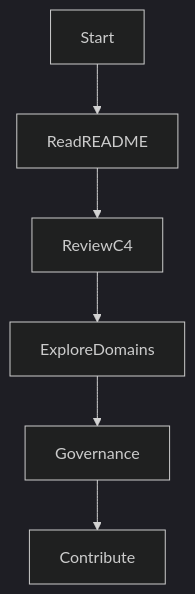
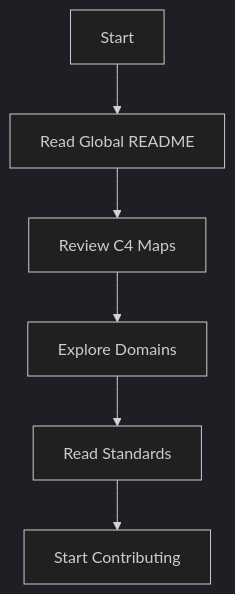
One commit to STARONE-INFOTECH/starone-galaxy-architecture changed the fifth of 7 diagrams in README.md. Above: the diagram before and after it, drawn with Mermaid (dark theme). The commit also changed other lines of this file, not shown here.

First line of the commit message:
feat(repo): bootstrap StarOne Galaxy architecture repository structure

````diff
--- a/README.md
+++ b/README.md
@@ -301,9 +460,11 @@
 ```mermaid
 flowchart TD
 
-Start --> ReadREADME
-ReadREADME --> ReviewC4
-ReviewC4 --> ExploreDomains
-ExploreDomains --> Governance
-Governance --> Contribute
+Start[Start]
+
+Start --> ReadREADME[Read Global README]
+ReadREADME --> ReviewC4[Review C4 Maps]
+ReviewC4 --> ExploreDomains[Explore Domains]
+ExploreDomains --> Governance[Read Standards]
+Governance --> Contribute[Start Contributing]
 ```
````
